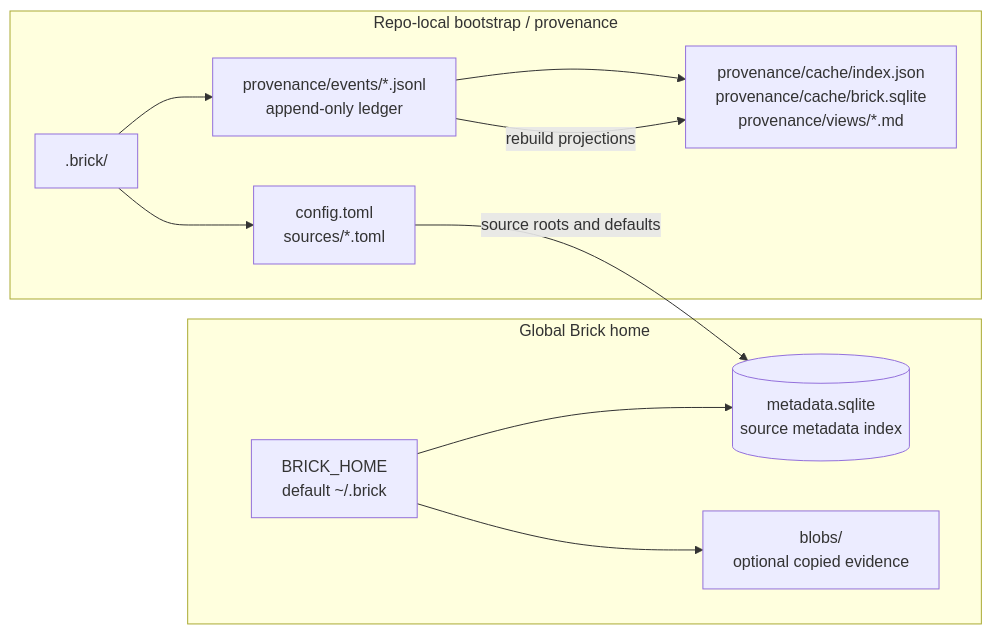
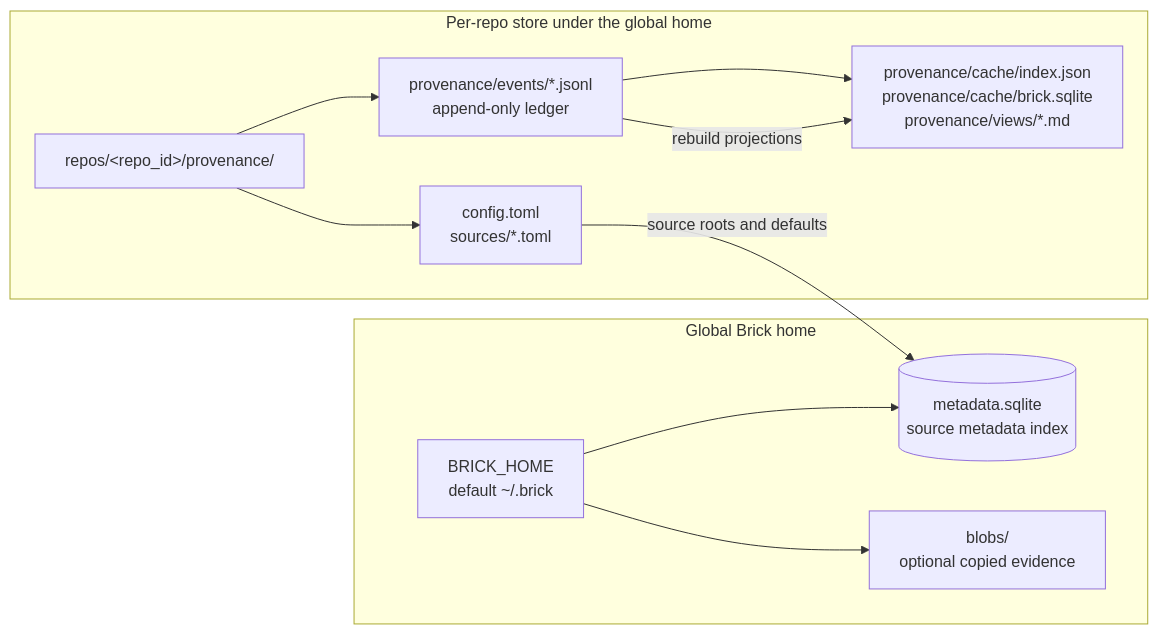
Before and after one commit to yorgai/org-trace: the second of 5 diagrams in docs/architecture/architecture.md, drawn with Mermaid. The commit also changed other lines of this file and 18 other files, not shown here.

````diff
--- a/docs/architecture/architecture.md
+++ b/docs/architecture/architecture.md
@@ -46,23 +46,23 @@
 ```mermaid
 flowchart LR
     subgraph Global[Global Brick home]
         Home[BRICK_HOME<br/>default ~/.brick]
         Metadata[(metadata.sqlite<br/>source metadata index)]
         OptionalBlobs[blobs/<sha256><br/>optional copied evidence]
         Home --> Metadata
         Home --> OptionalBlobs
     end
 
-    subgraph Repo[Repo-local bootstrap / provenance]
-        DotBrick[.brick/]
+    subgraph Repo[Per-repo store under the global home]
+        DotBrick["repos/&lt;repo_id&gt;/provenance/"]
         Config[config.toml<br/>sources/*.toml]
         Events[provenance/events/*.jsonl<br/>append-only ledger]
         Query[provenance/cache/index.json<br/>provenance/cache/brick.sqlite<br/>provenance/views/*.md]
         DotBrick --> Config
         DotBrick --> Events
         Events --> Query
     end
 
     Config -->|source roots and defaults| Metadata
     Events -->|rebuild projections| Query
 ```
````
